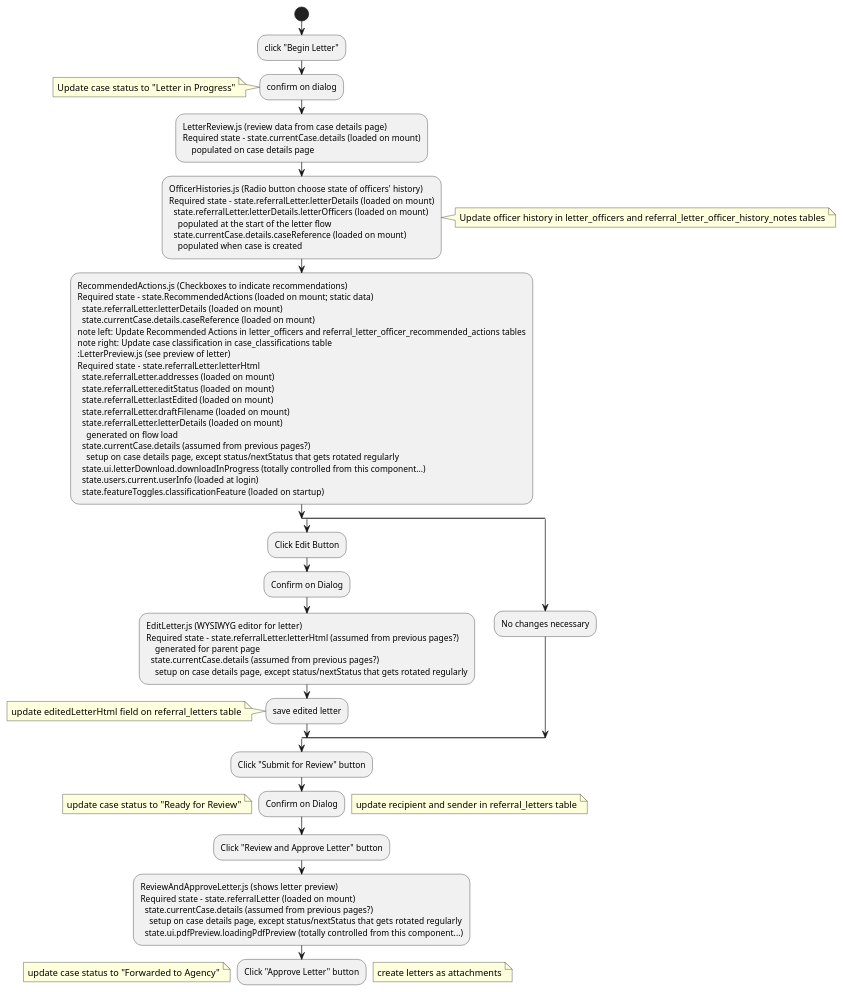
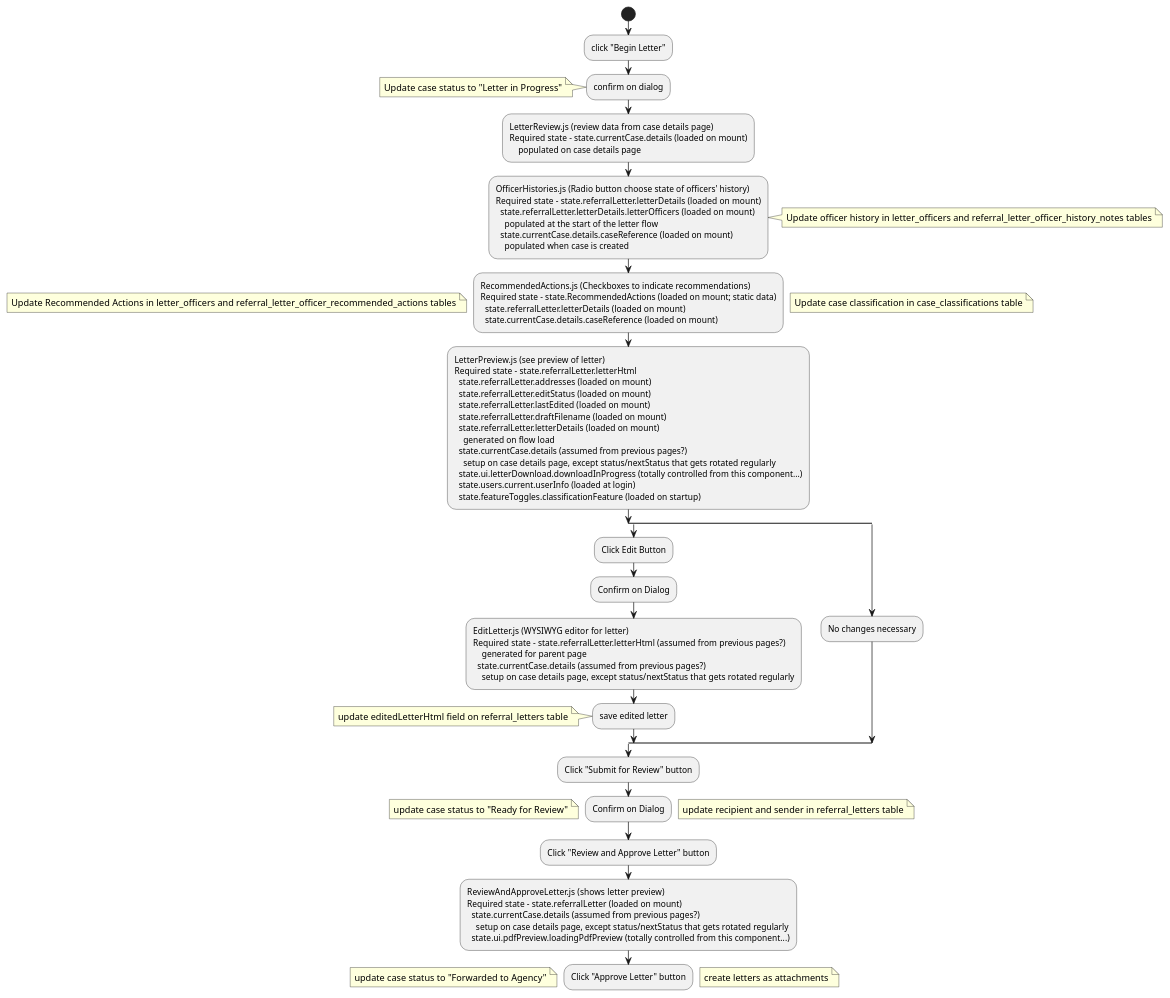
One commit to PublicDataWorks/complaint-manager changed the diagram in docs/technical-content/plantuml/referral-letter-flow.puml. Above: the diagram before and after it, drawn with PlantUML. The commit also changed 3 other files, not shown here.

```diff
--- a/docs/technical-content/plantuml/referral-letter-flow.puml
+++ b/docs/technical-content/plantuml/referral-letter-flow.puml
@@ -1,61 +1,61 @@
 @startuml
 start
 :click "Begin Letter";
 :confirm on dialog;
 note left: Update case status to "Letter in Progress"
 :LetterReview.js (review data from case details page)
 Required state - state.currentCase.details (loaded on mount)
     populated on case details page;
 :OfficerHistories.js (Radio button choose state of officers' history)
 Required state - state.referralLetter.letterDetails (loaded on mount)
   state.referralLetter.letterDetails.letterOfficers (loaded on mount)
     populated at the start of the letter flow
   state.currentCase.details.caseReference (loaded on mount) 
     populated when case is created;
 note right: Update officer history in letter_officers and referral_letter_officer_history_notes tables
 :RecommendedActions.js (Checkboxes to indicate recommendations)
 Required state - state.RecommendedActions (loaded on mount; static data)
   state.referralLetter.letterDetails (loaded on mount)
-  state.currentCase.details.caseReference (loaded on mount)
+  state.currentCase.details.caseReference (loaded on mount);
 note left: Update Recommended Actions in letter_officers and referral_letter_officer_recommended_actions tables
 note right: Update case classification in case_classifications table
 :LetterPreview.js (see preview of letter)
 Required state - state.referralLetter.letterHtml
   state.referralLetter.addresses (loaded on mount)
   state.referralLetter.editStatus (loaded on mount)
   state.referralLetter.lastEdited (loaded on mount)
   state.referralLetter.draftFilename (loaded on mount)
   state.referralLetter.letterDetails (loaded on mount)
     generated on flow load
   state.currentCase.details (assumed from previous pages?)
     setup on case details page, except status/nextStatus that gets rotated regularly
   state.ui.letterDownload.downloadInProgress (totally controlled from this component...)
   state.users.current.userInfo (loaded at login)
   state.featureToggles.classificationFeature (loaded on startup);
 split
 :Click Edit Button;
 :Confirm on Dialog;
 :EditLetter.js (WYSIWYG editor for letter)
 Required state - state.referralLetter.letterHtml (assumed from previous pages?)
     generated for parent page
   state.currentCase.details (assumed from previous pages?)
     setup on case details page, except status/nextStatus that gets rotated regularly;
 :save edited letter;
 note left: update editedLetterHtml field on referral_letters table
 split again
 :No changes necessary;
 end split
 :Click "Submit for Review" button;
 :Confirm on Dialog;
 note right: update recipient and sender in referral_letters table
 note left: update case status to "Ready for Review"
 :Click "Review and Approve Letter" button;
 :ReviewAndApproveLetter.js (shows letter preview)
 Required state - state.referralLetter (loaded on mount)
   state.currentCase.details (assumed from previous pages?) 
     setup on case details page, except status/nextStatus that gets rotated regularly
   state.ui.pdfPreview.loadingPdfPreview (totally controlled from this component...);
 :Click "Approve Letter" button;
 note right: create letters as attachments
 note left: update case status to "Forwarded to Agency"
 @enduml
```
